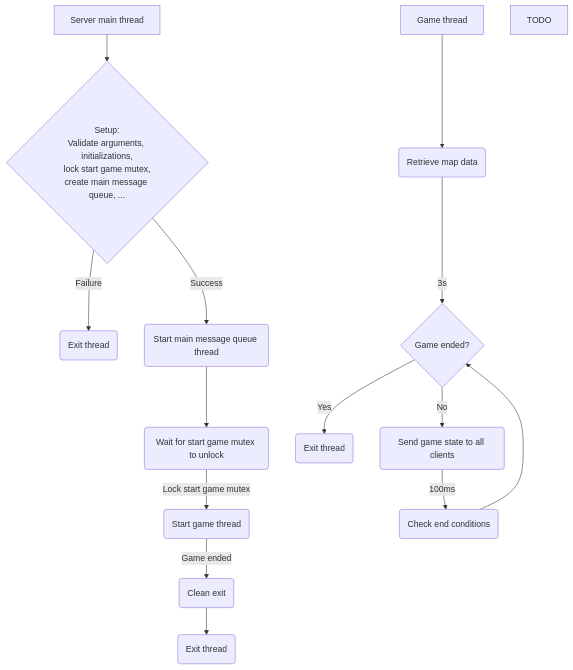
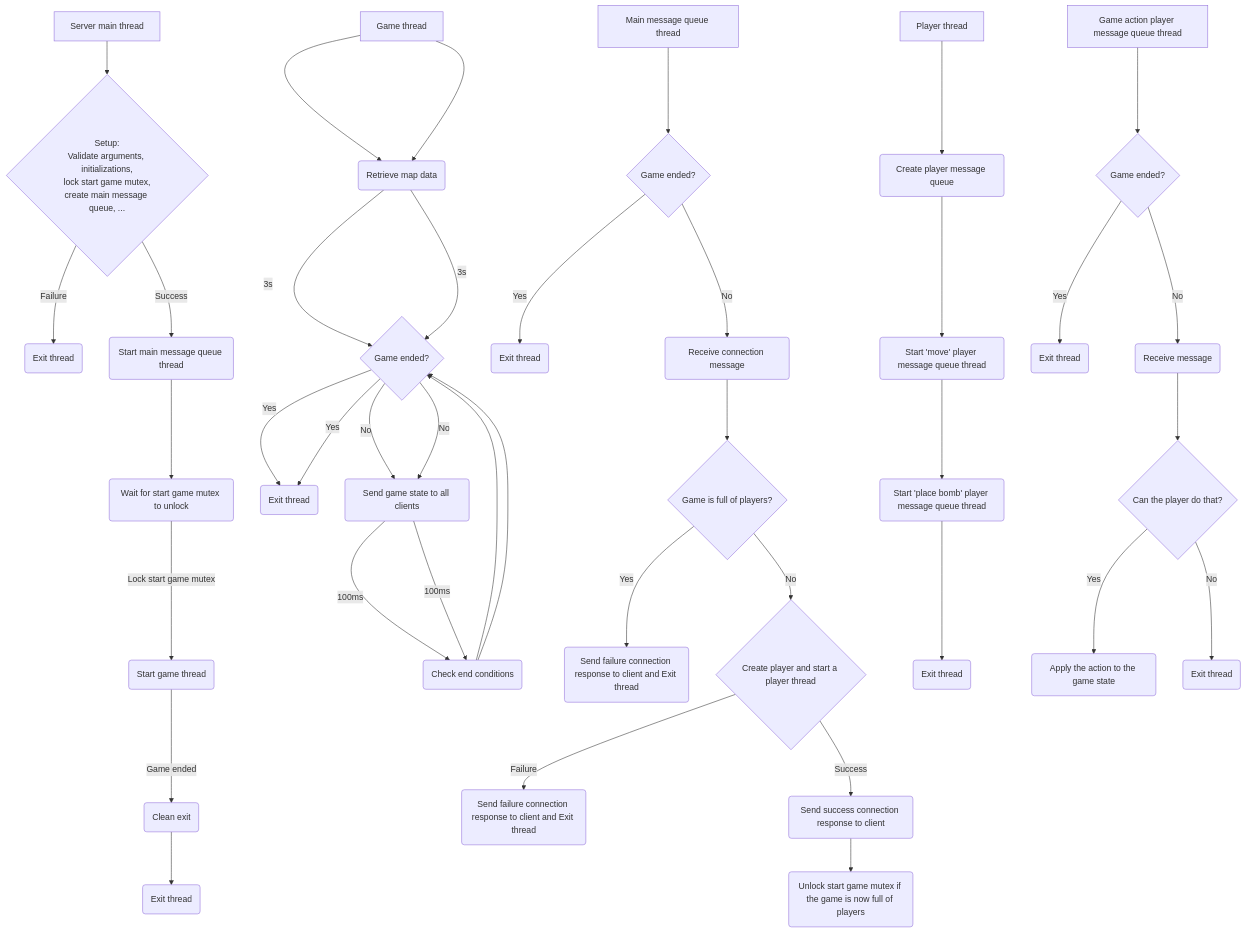
One commit to eNiiju/bomberman-console changed the diagram in server/README.md. Above: the diagram before and after it, drawn with Mermaid. The commit also changed 2 other files, not shown here.

Commit message:
Server flow chart

````diff
--- a/server/README.md
+++ b/server/README.md
@@ -5,19 +5,46 @@
 ```mermaid
 graph TD
     MAIN_THREAD[Server main thread] --> MAIN_THREAD_A{Setup:\nValidate arguments, initializations,\nlock start game mutex,\ncreate main message queue, ...}
     MAIN_THREAD_A -->|Failure| MAIN_THREAD_B(Exit thread)
     MAIN_THREAD_A -->|Success| MAIN_THREAD_C(Start main message queue thread)
     MAIN_THREAD_C --> MAIN_THREAD_D(Wait for start game mutex to unlock)
     MAIN_THREAD_D -->|Lock start game mutex| MAIN_THREAD_E(Start game thread)
     MAIN_THREAD_E -->|Game ended| MAIN_THREAD_F(Clean exit)
     MAIN_THREAD_F --> MAIN_THREAD_G(Exit thread)
 
     THREAD_GAME[Game thread] --> THREAD_GAME_A(Retrieve map data)
     THREAD_GAME_A -->|3s| THREAD_GAME_B{Game ended?}
     THREAD_GAME_B -->|Yes| THREAD_GAME_C(Exit thread)
     THREAD_GAME_B -->|No| THREAD_GAME_D(Send game state to all clients)
     THREAD_GAME_D -->|100ms| THREAD_GAME_E(Check end conditions)
     THREAD_GAME_E --> THREAD_GAME_B
 
-    TODO
+    THREAD_MAIN_MESSAGE_QUEUE[Main message queue thread] --> THREAD_MAIN_MESSAGE_QUEUE_A{Game ended?}
+    THREAD_MAIN_MESSAGE_QUEUE_A -->|Yes| THREAD_MAIN_MESSAGE_QUEUE_B(Exit thread)
+    THREAD_MAIN_MESSAGE_QUEUE_A -->|No| THREAD_MAIN_MESSAGE_QUEUE_C(Receive connection message)
+    THREAD_MAIN_MESSAGE_QUEUE_C --> THREAD_MAIN_MESSAGE_QUEUE_D{Game is full of players?}
+    THREAD_MAIN_MESSAGE_QUEUE_D -->|Yes| THREAD_MAIN_MESSAGE_QUEUE_E(Send failure connection response to client and Exit thread)
+    THREAD_MAIN_MESSAGE_QUEUE_D -->|No| THREAD_MAIN_MESSAGE_QUEUE_F{Create player and start a player thread}
+    THREAD_MAIN_MESSAGE_QUEUE_F -->|Failure| THREAD_MAIN_MESSAGE_QUEUE_G(Send failure connection response to client and Exit thread)
+    THREAD_MAIN_MESSAGE_QUEUE_F -->|Success| THREAD_MAIN_MESSAGE_QUEUE_H(Send success connection response to client)
+    THREAD_MAIN_MESSAGE_QUEUE_H --> THREAD_MAIN_MESSAGE_QUEUE_I(Unlock start game mutex if the game is now full of players)
+
+    THREAD_GAME[Game thread] --> THREAD_GAME_A(Retrieve map data)
+    THREAD_GAME_A -->|3s| THREAD_GAME_B{Game ended?}
+    THREAD_GAME_B -->|Yes| THREAD_GAME_C(Exit thread)
+    THREAD_GAME_B -->|No| THREAD_GAME_D(Send game state to all clients)
+    THREAD_GAME_D -->|100ms| THREAD_GAME_E(Check end conditions)
+    THREAD_GAME_E --> THREAD_GAME_B
+
+    THREAD_PLAYER[Player thread] --> THREAD_PLAYER_A(Create player message queue)
+    THREAD_PLAYER_A --> THREAD_PLAYER_B(Start 'move' player message queue thread)
+    THREAD_PLAYER_B --> THREAD_PLAYER_C(Start 'place bomb' player message queue thread)
+    THREAD_PLAYER_C --> THREAD_PLAYER_D(Exit thread)
+    
+    THREAD_GAME_ACTION_PLAYER_MESSAGE_QUEUE[Game action player message queue thread] --> THREAD_GAME_ACTION_PLAYER_MESSAGE_QUEUE_A{Game ended?}
+    THREAD_GAME_ACTION_PLAYER_MESSAGE_QUEUE_A -->|Yes| THREAD_GAME_ACTION_PLAYER_MESSAGE_QUEUE_B(Exit thread)
+    THREAD_GAME_ACTION_PLAYER_MESSAGE_QUEUE_A -->|No| THREAD_GAME_ACTION_PLAYER_MESSAGE_QUEUE_C(Receive message)
+    THREAD_GAME_ACTION_PLAYER_MESSAGE_QUEUE_C --> THREAD_GAME_ACTION_PLAYER_MESSAGE_QUEUE_D{Can the player do that?}
+    THREAD_GAME_ACTION_PLAYER_MESSAGE_QUEUE_D -->|Yes| THREAD_GAME_ACTION_PLAYER_MESSAGE_QUEUE_E(Apply the action to the game state)
+    THREAD_GAME_ACTION_PLAYER_MESSAGE_QUEUE_D -->|No| THREAD_GAME_ACTION_PLAYER_MESSAGE_QUEUE_F(Exit thread)
 ```
````
